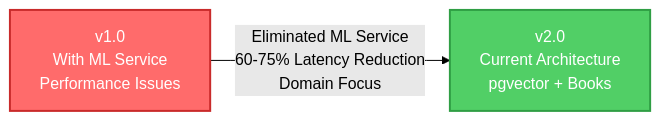
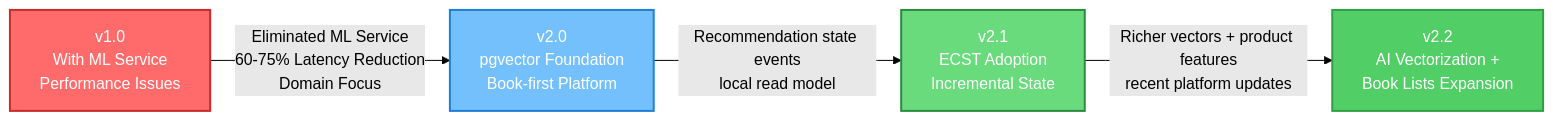
The third of 5 diagrams in README.md (Luca5Eckert/VellumHub), drawn with Mermaid (forest theme) before and after one commit. The commit also changed other lines of this file, not shown here.

Commit message:
docs: update README with v2 AI vectorization and recent platform changes

````diff
--- a/README.md
+++ b/README.md
@@ -173,10 +173,16 @@
 ```mermaid
 graph LR
     V1[v1.0<br/>With ML Service<br/>Performance Issues]
-    V2[v2.0<br/>Current Architecture<br/>pgvector + Books]
+    V2[v2.0<br/>pgvector Foundation<br/>Book-first Platform]
+    V21[v2.1<br/>ECST Adoption<br/>Incremental State]
+    V22[v2.2<br/>AI Vectorization +<br/>Book Lists Expansion]
     
     V1 -->|Eliminated ML Service<br/>60-75% Latency Reduction<br/>Domain Focus| V2
+    V2 -->|Recommendation state events<br/>local read model| V21
+    V21 -->|Richer vectors + product features<br/>recent platform updates| V22
     
     style V1 fill:#ff6b6b,stroke:#c92a2a,stroke-width:2px,color:#fff
-    style V2 fill:#51cf66,stroke:#2f9e44,stroke-width:2px,color:#fff
+    style V2 fill:#74c0fc,stroke:#1c7ed6,stroke-width:2px,color:#fff
+    style V21 fill:#69db7c,stroke:#2b8a3e,stroke-width:2px,color:#fff
+    style V22 fill:#51cf66,stroke:#2f9e44,stroke-width:2px,color:#fff
 ```
````
